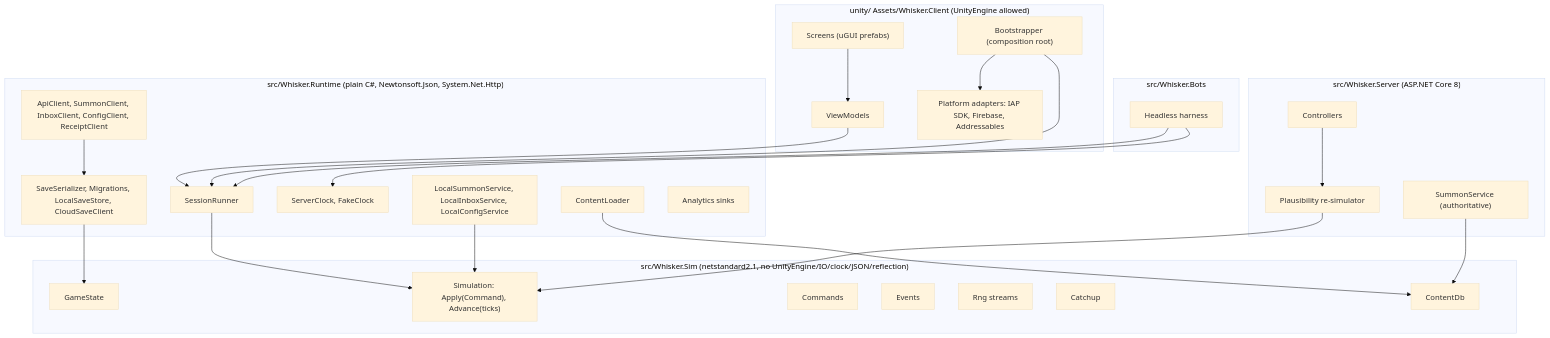
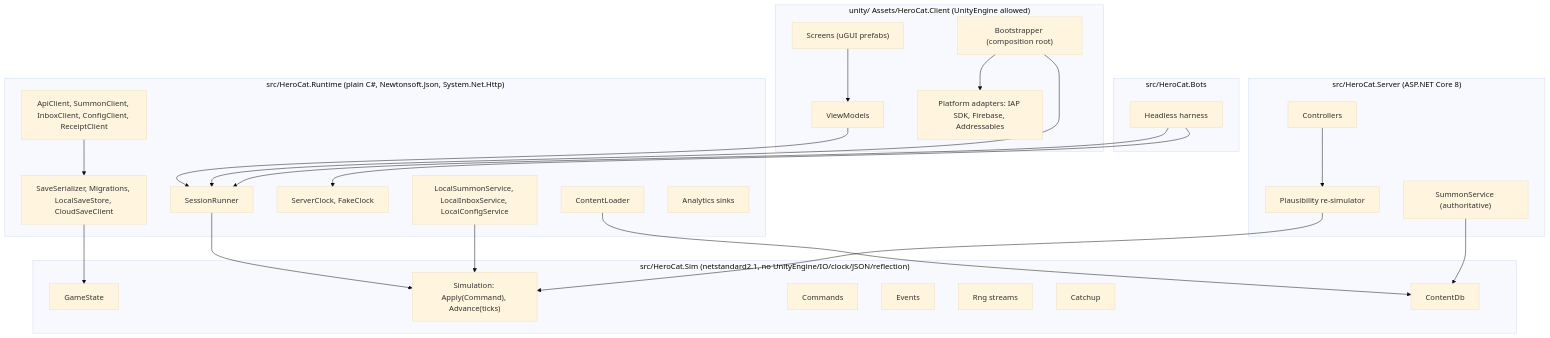
One commit to kjew2/herocat changed the first of 15 diagrams in specs/01-architecture-and-data-flow.md. Above: the diagram before and after it, drawn with Mermaid (base theme). The commit also changed other lines of this file and 35 other files, not shown here.

First line of the commit message:
Record first spec decisions: HeroCat names, Unity 6, no web build, clean replace

````diff
--- a/specs/01-architecture-and-data-flow.md
+++ b/specs/01-architecture-and-data-flow.md
@@ -13,47 +13,47 @@
 ```mermaid
 flowchart TB
-    subgraph Unity["unity/ Assets/Whisker.Client (UnityEngine allowed)"]
+    subgraph Unity["unity/ Assets/HeroCat.Client (UnityEngine allowed)"]
         Screens["Screens (uGUI prefabs)"]
         VMs["ViewModels"]
         Boot["Bootstrapper (composition root)"]
         Platform["Platform adapters: IAP SDK, Firebase, Addressables"]
     end
-    subgraph Runtime["src/Whisker.Runtime (plain C#, Newtonsoft.Json, System.Net.Http)"]
+    subgraph Runtime["src/HeroCat.Runtime (plain C#, Newtonsoft.Json, System.Net.Http)"]
         Runner["SessionRunner"]
         Save["SaveSerializer, Migrations, LocalSaveStore, CloudSaveClient"]
         Clock["ServerClock, FakeClock"]
         Net["ApiClient, SummonClient, InboxClient, ConfigClient, ReceiptClient"]
         Local["LocalSummonService, LocalInboxService, LocalConfigService"]
         Content["ContentLoader"]
         Analytics["Analytics sinks"]
     end
-    subgraph Sim["src/Whisker.Sim (netstandard2.1, no UnityEngine/IO/clock/JSON/reflection)"]
+    subgraph Sim["src/HeroCat.Sim (netstandard2.1, no UnityEngine/IO/clock/JSON/reflection)"]
         GS["GameState"]
         Simulation["Simulation: Apply(Command), Advance(ticks)"]
         Cmds["Commands"]
         Evts["Events"]
         Rng["Rng streams"]
         Catchup["Catchup"]
         ContentDb["ContentDb"]
     end
-    subgraph Server["src/Whisker.Server (ASP.NET Core 8)"]
+    subgraph Server["src/HeroCat.Server (ASP.NET Core 8)"]
         Api["Controllers"]
         Resim["Plausibility re-simulator"]
         SummonSvc["SummonService (authoritative)"]
     end
-    subgraph Bots["src/Whisker.Bots"]
+    subgraph Bots["src/HeroCat.Bots"]
         Harness["Headless harness"]
     end
     Screens --> VMs --> Runner
     Boot --> Runner
     Boot --> Platform
     Runner --> Simulation
     Save --> GS
     Net --> Save
     Local --> Simulation
     Content --> ContentDb
     Api --> Resim --> Simulation
     SummonSvc --> ContentDb
     Harness --> Runner
     Harness --> Clock
 ```
````
